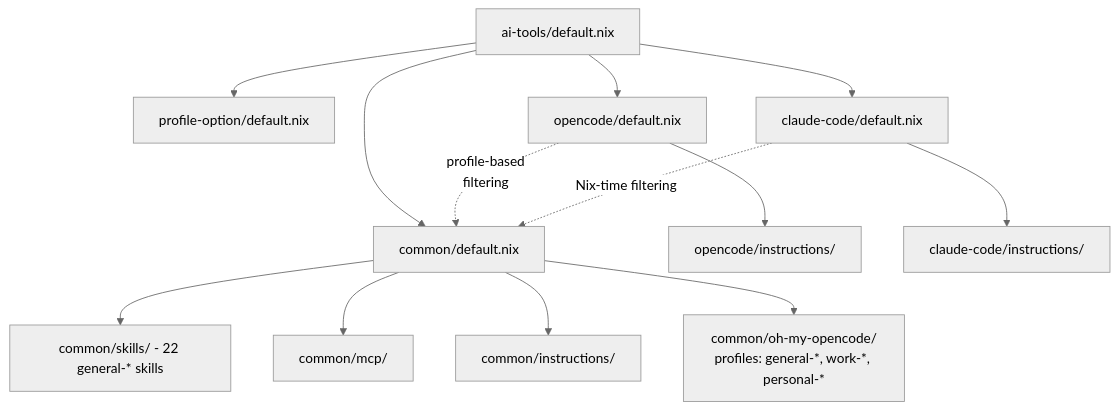
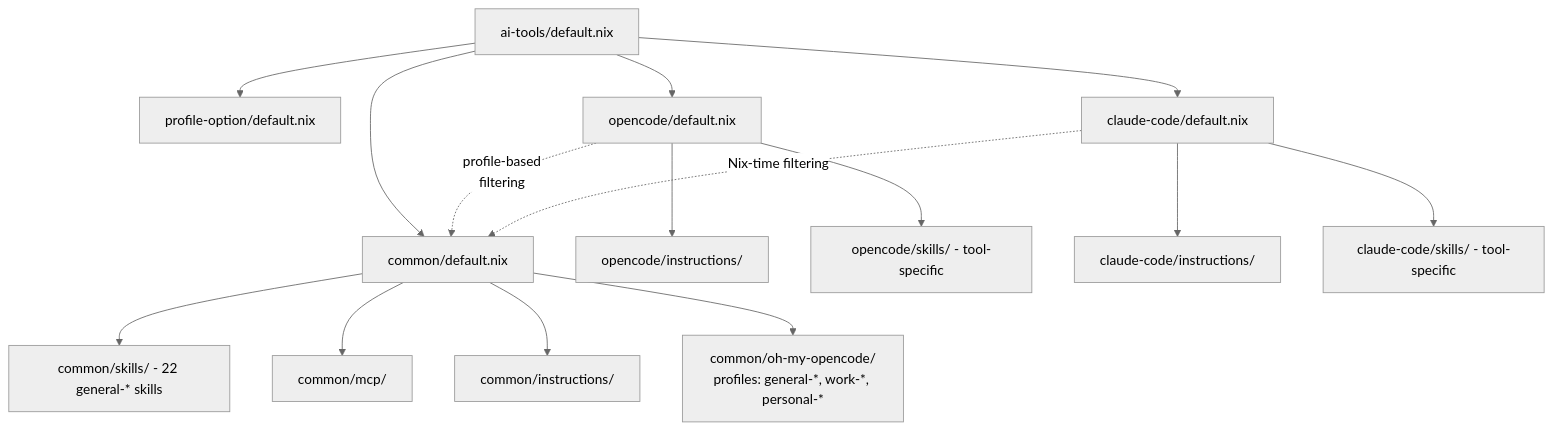
The diagram in modules/home-manager/features/ai-tools/README.md (zhongjis/nix-config), drawn with Mermaid (neutral theme) before and after one commit. The commit also changed other lines of this file and 5 other files, not shown here.

First line of the commit message:
feat(ai-tools): add tool-specific skills directories with profile-based filtering

````diff
--- a/modules/home-manager/features/ai-tools/README.md
+++ b/modules/home-manager/features/ai-tools/README.md
@@ -44,18 +45,20 @@
 ```mermaid
 graph TD
     Root[ai-tools/default.nix] --> ProfileOpt[profile-option/default.nix]
     Root --> Common[common/default.nix]
     Root --> Opencode[opencode/default.nix]
     Root --> ClaudeCode[claude-code/default.nix]
 
     Common --> Skills[common/skills/ - 22 general-* skills]
     Common --> MCP[common/mcp/]
     Common --> Instructions[common/instructions/]
     Common --> OhMyOpencode["common/oh-my-opencode/<br/>profiles: general-*, work-*, personal-*"]
     
     Opencode -.->|profile-based<br/>filtering| Common
     Opencode --> OpencodeInst[opencode/instructions/]
+    Opencode --> OpencodeSkills[opencode/skills/ - tool-specific]
     
     ClaudeCode -.->|Nix-time filtering| Common
     ClaudeCode --> ClaudeCodeInst[claude-code/instructions/]
+    ClaudeCode --> ClaudeCodeSkills[claude-code/skills/ - tool-specific]
 ```
````
